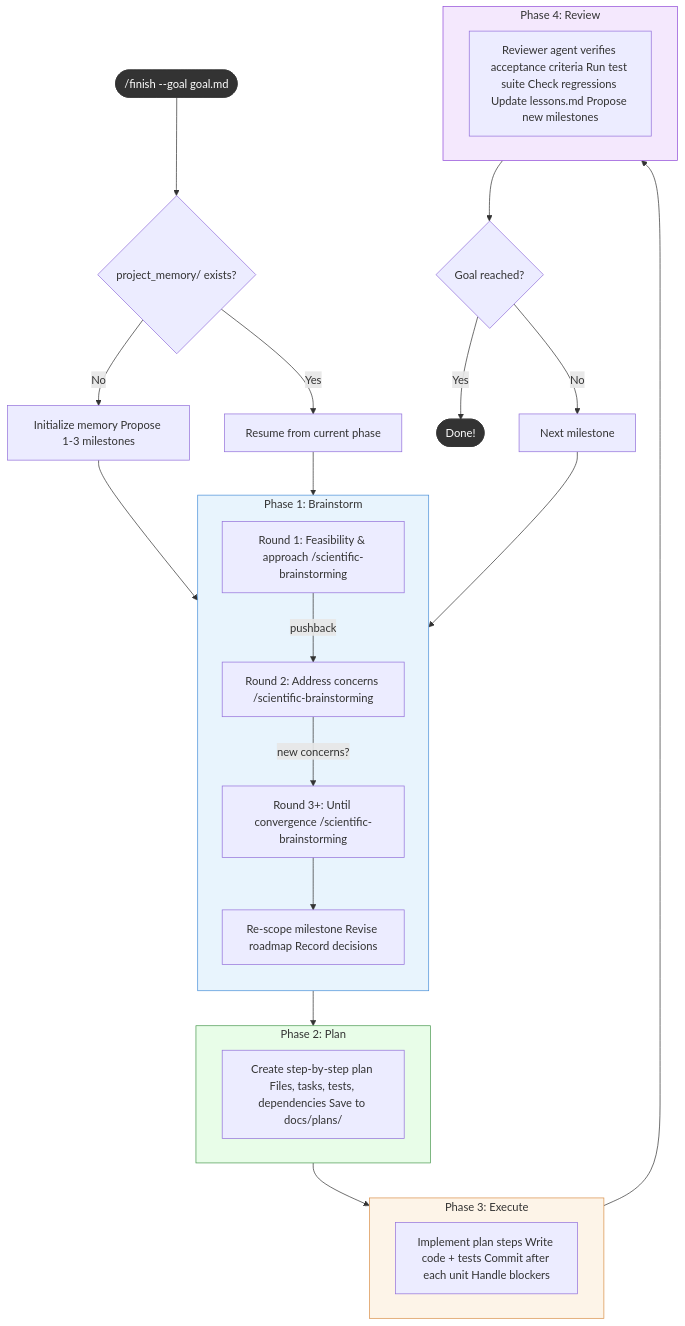
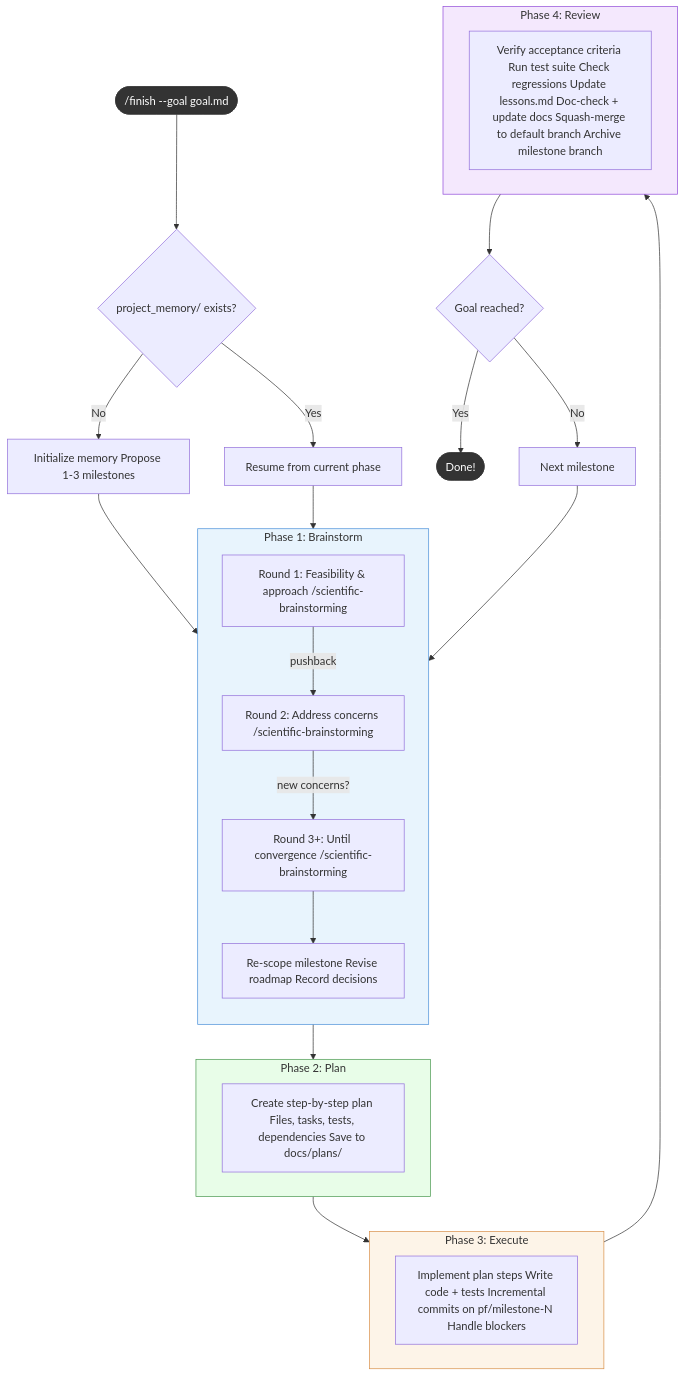
One commit to yuanhao96/project-finisher changed the diagram in README.md. Above: the diagram before and after it, drawn with Mermaid. The commit also changed other lines of this file and 3 other files, not shown here.

````diff
--- a/README.md
+++ b/README.md
@@ -7,45 +7,45 @@
 ```mermaid
 flowchart TD
     START(["/finish --goal goal.md"]) --> CHECK{project_memory/ exists?}
     CHECK -- No --> INIT["Initialize memory Propose 1-3 milestones"]
     CHECK -- Yes --> RESUME["Resume from current phase"]
     INIT --> BRAINSTORM
     RESUME --> BRAINSTORM
 
     subgraph BRAINSTORM ["Phase 1: Brainstorm"]
         direction TB
         B1["Round 1: Feasibility & approach /scientific-brainstorming"]
         B1 -- "pushback" --> B2["Round 2: Address concerns /scientific-brainstorming"]
         B2 -- "new concerns?" --> B3["Round 3+: Until convergence /scientific-brainstorming"]
         B3 --> BOUT["Re-scope milestone Revise roadmap Record decisions"]
     end
 
     BRAINSTORM --> PLAN
 
     subgraph PLAN ["Phase 2: Plan"]
         P1["Create step-by-step plan Files, tasks, tests, dependencies Save to docs/plans/"]
     end
 
     PLAN --> EXECUTE
 
     subgraph EXECUTE ["Phase 3: Execute"]
-        E1["Implement plan steps Write code + tests Commit after each unit Handle blockers"]
+        E1["Implement plan steps Write code + tests Incremental commits on pf/milestone-N Handle blockers"]
     end
 
     EXECUTE --> REVIEW
 
     subgraph REVIEW ["Phase 4: Review"]
-        R1["Reviewer agent verifies acceptance criteria Run test suite Check regressions Update lessons.md Propose new milestones"]
+        R1["Verify acceptance criteria Run test suite Check regressions Update lessons.md Doc-check + update docs Squash-merge to default branch Archive milestone branch"]
     end
 
     REVIEW --> DONE{Goal reached?}
     DONE -- "Yes" --> STOP(["Done!"])
     DONE -- "No" --> NEXT["Next milestone"] --> BRAINSTORM
 
     style BRAINSTORM fill:#e8f4fd,stroke:#4a90d9
     style PLAN fill:#e8fde8,stroke:#4a9950
     style EXECUTE fill:#fdf4e8,stroke:#d9904a
     style REVIEW fill:#f4e8fd,stroke:#904ad9
     style START fill:#333,color:#fff,stroke:#333
     style STOP fill:#333,color:#fff,stroke:#333
 ```
````
